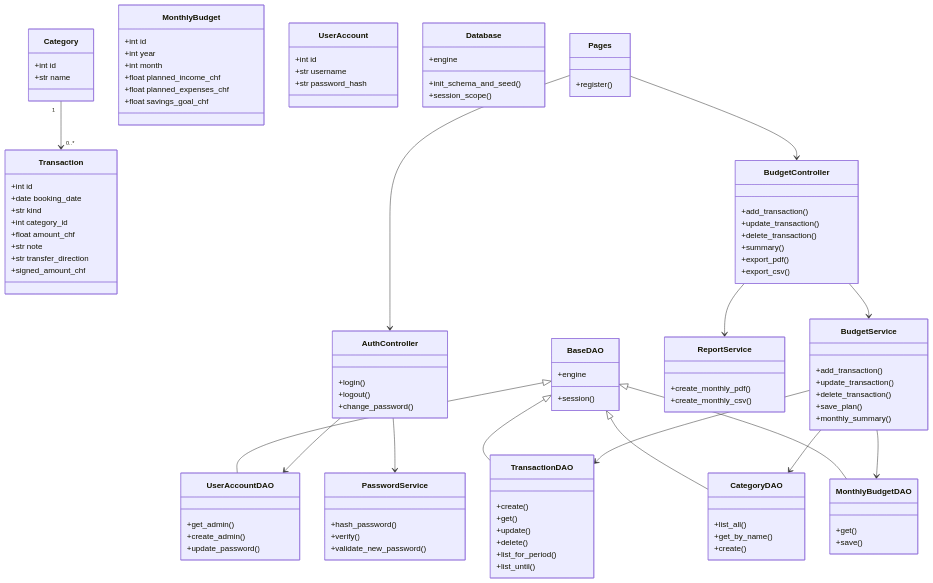
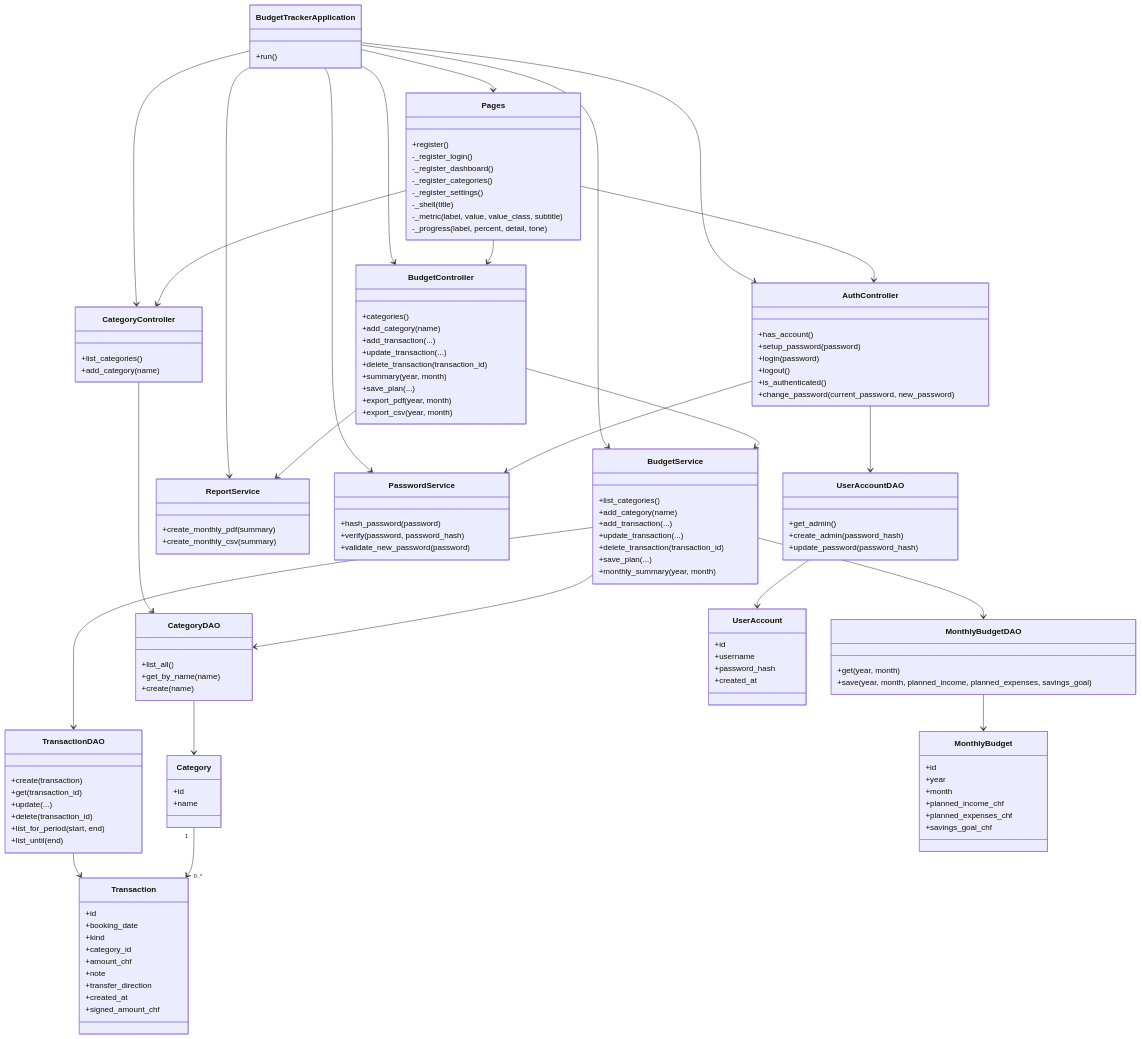
The second of 2 diagrams in README.md (mouadr00/personlicher-Budget-Tracker-Webapp), drawn with Mermaid before and after one commit. The commit also changed other lines of this file, not shown here.

Commit message:
Add files via upload
Document NiceGUI UI, dashboard, export and diagrams

````diff
--- a/README.md
+++ b/README.md
@@ -135,123 +321,154 @@
 ```mermaid
 classDiagram
+    class BudgetTrackerApplication {
+        +run()
+    }
+
+    class Pages {
+        +register()
+        -_register_login()
+        -_register_dashboard()
+        -_register_categories()
+        -_register_settings()
+        -_shell(title)
+        -_metric(label, value, value_class, subtitle)
+        -_progress(label, percent, detail, tone)
+    }
+
+    class AuthController {
+        +has_account()
+        +setup_password(password)
+        +login(password)
+        +logout()
+        +is_authenticated()
+        +change_password(current_password, new_password)
+    }
+
+    class BudgetController {
+        +categories()
+        +add_category(name)
+        +add_transaction(...)
+        +update_transaction(...)
+        +delete_transaction(transaction_id)
+        +summary(year, month)
+        +save_plan(...)
+        +export_pdf(year, month)
+        +export_csv(year, month)
+    }
+
+    class CategoryController {
+        +list_categories()
+        +add_category(name)
+    }
+
+    class BudgetService {
+        +list_categories()
+        +add_category(name)
+        +add_transaction(...)
+        +update_transaction(...)
+        +delete_transaction(transaction_id)
+        +save_plan(...)
+        +monthly_summary(year, month)
+    }
+
+    class ReportService {
+        +create_monthly_pdf(summary)
+        +create_monthly_csv(summary)
+    }
+
+    class PasswordService {
+        +hash_password(password)
+        +verify(password, password_hash)
+        +validate_new_password(password)
+    }
+
+    class CategoryDAO {
+        +list_all()
+        +get_by_name(name)
+        +create(name)
+    }
+
+    class TransactionDAO {
+        +create(transaction)
+        +get(transaction_id)
+        +update(...)
+        +delete(transaction_id)
+        +list_for_period(start, end)
+        +list_until(end)
+    }
+
+    class MonthlyBudgetDAO {
+        +get(year, month)
+        +save(year, month, planned_income, planned_expenses, savings_goal)
+    }
+
+    class UserAccountDAO {
+        +get_admin()
+        +create_admin(password_hash)
+        +update_password(password_hash)
+    }
+
     class Category {
-        +int id
-        +str name
+        +id
+        +name
     }
 
     class Transaction {
-        +int id
-        +date booking_date
-        +str kind
-        +int category_id
-        +float amount_chf
-        +str note
-        +str transfer_direction
+        +id
+        +booking_date
+        +kind
+        +category_id
+        +amount_chf
+        +note
+        +transfer_direction
+        +created_at
         +signed_amount_chf
     }
 
     class MonthlyBudget {
-        +int id
-        +int year
-        +int month
-        +float planned_income_chf
-        +float planned_expenses_chf
-        +float savings_goal_chf
+        +id
+        +year
+        +month
+        +planned_income_chf
+        +planned_expenses_chf
+        +savings_goal_chf
     }
 
     class UserAccount {
-        +int id
-        +str username
-        +str password_hash
+        +id
+        +username
+        +password_hash
+        +created_at
     }
 
-    class Database {
-        +engine
-        +init_schema_and_seed()
-        +session_scope()
-    }
+    BudgetTrackerApplication --> Pages
+    BudgetTrackerApplication --> AuthController
+    BudgetTrackerApplication --> BudgetController
+    BudgetTrackerApplication --> CategoryController
+    BudgetTrackerApplication --> BudgetService
+    BudgetTrackerApplication --> ReportService
+    BudgetTrackerApplication --> PasswordService
 
-    class BaseDAO {
-        +engine
-        +session()
-    }
+    Pages --> AuthController
+    Pages --> BudgetController
+    Pages --> CategoryController
 
-    class CategoryDAO {
-        +list_all()
-        +get_by_name()
-        +create()
-    }
+    AuthController --> UserAccountDAO
+    AuthController --> PasswordService
 
-    class TransactionDAO {
-        +create()
-        +get()
-        +update()
-        +delete()
-        +list_for_period()
-        +list_until()
-    }
+    BudgetController --> BudgetService
+    BudgetController --> ReportService
 
-    class MonthlyBudgetDAO {
-        +get()
-        +save()
-    }
+    CategoryController --> CategoryDAO
 
-    class UserAccountDAO {
-        +get_admin()
-        +create_admin()
-        +update_password()
-    }
-
-    class BudgetService {
-        +add_transaction()
-        +update_transaction()
-        +delete_transaction()
-        +save_plan()
-        +monthly_summary()
-    }
-
-    class PasswordService {
-        +hash_password()
-        +verify()
-        +validate_new_password()
-    }
-
-    class ReportService {
-        +create_monthly_pdf()
-        +create_monthly_csv()
-    }
-
-    class AuthController {
-        +login()
-        +logout()
-        +change_password()
-    }
-
-    class BudgetController {
-        +add_transaction()
-        +update_transaction()
-        +delete_transaction()
-        +summary()
-        +export_pdf()
-        +export_csv()
-    }
-
-    class Pages {
-        +register()
-    }
-
-    Category "1" --> "0..*" Transaction
-    BaseDAO <|-- CategoryDAO
-    BaseDAO <|-- TransactionDAO
-    BaseDAO <|-- MonthlyBudgetDAO
-    BaseDAO <|-- UserAccountDAO
     BudgetService --> TransactionDAO
     BudgetService --> CategoryDAO
     BudgetService --> MonthlyBudgetDAO
-    AuthController --> UserAccountDAO
-    AuthController --> PasswordService
-    BudgetController --> BudgetService
-    BudgetController --> ReportService
-    Pages --> AuthController
-    Pages --> BudgetController
+
+    CategoryDAO --> Category
+    TransactionDAO --> Transaction
+    MonthlyBudgetDAO --> MonthlyBudget
+    UserAccountDAO --> UserAccount
+
+    Category "1" --> "0..*" Transaction
 ```
````
